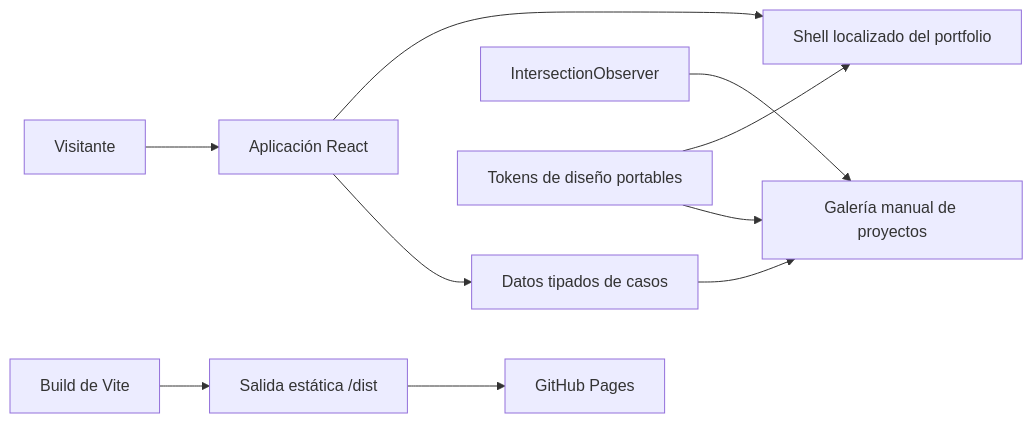
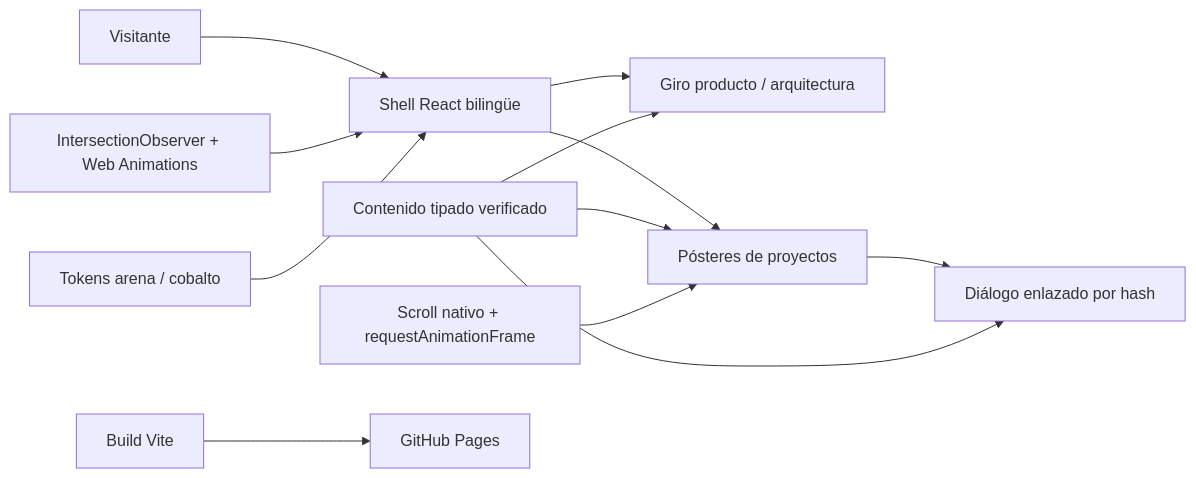
One commit to kevin0018/portfolio changed the diagram in README.es.md. Above: the diagram before and after it, drawn with Mermaid. The commit also changed other lines of this file and 17 other files, not shown here.

````diff
--- a/README.es.md
+++ b/README.es.md
@@ -38,12 +36,14 @@
 ```mermaid
 flowchart LR
-  visitor["Visitante"] --> app["Aplicación React"]
-  app --> shell["Shell localizado del portfolio"]
-  app --> cases["Datos tipados de casos"]
-  cases --> story["Galería manual de proyectos"]
-  observer["IntersectionObserver"] --> story
-  tokens["Tokens de diseño portables"] --> shell
-  tokens --> story
-  vite["Build de Vite"] --> dist["Salida estática /dist"]
-  dist --> pages["GitHub Pages"]
+  visitor["Visitante"] --> app["Shell React bilingüe"]
+  app --> hero["Giro producto / arquitectura"]
+  app --> work["Pósteres de proyectos"]
+  work --> cases["Diálogo enlazado por hash"]
+  content["Contenido tipado verificado"] --> hero
+  content --> work
+  content --> cases
+  scroll["Scroll nativo + requestAnimationFrame"] --> work
+  observer["IntersectionObserver + Web Animations"] --> app
+  tokens["Tokens arena / cobalto"] --> app
+  vite["Build Vite"] --> pages["GitHub Pages"]
 ```
````
